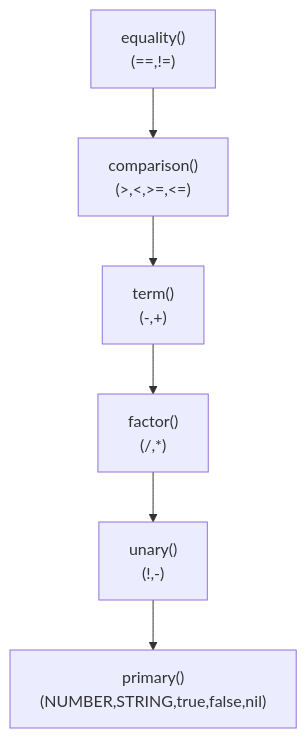
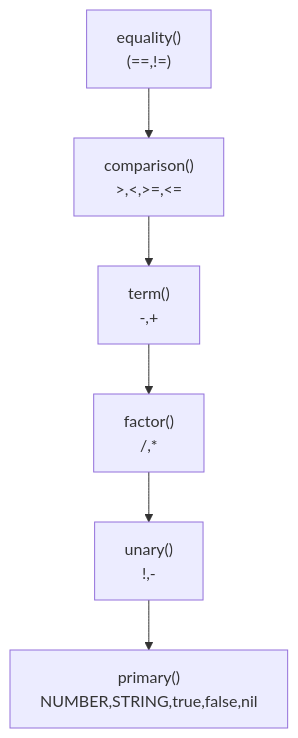
The second of 2 diagrams in README.md (Ester45764/Zoo), drawn with Mermaid before and after one commit.

````diff
--- a/README.md
+++ b/README.md
@@ -16,15 +16,15 @@
 ```mermaid
 flowchart TD
    A["`equality()
     (==,!=)`"] --> B["`comparison()
-                       (>,<,>=,<=)`"]
+                       >,<,>=,<=`"]
    B--> C["`term()
-            (-,+)`"]
+            -,+`"]
    C-->D["`factor()
-           (/,*)`"]
+           /,*`"]
    D-->E["`unary()
-           (!,-)`"]
+           !,-`"]
    E -->F["`primary()
-        (NUMBER,STRING,true,false,nil)`"]
+        NUMBER,STRING,true,false,nil`"]
 
 ```
````
